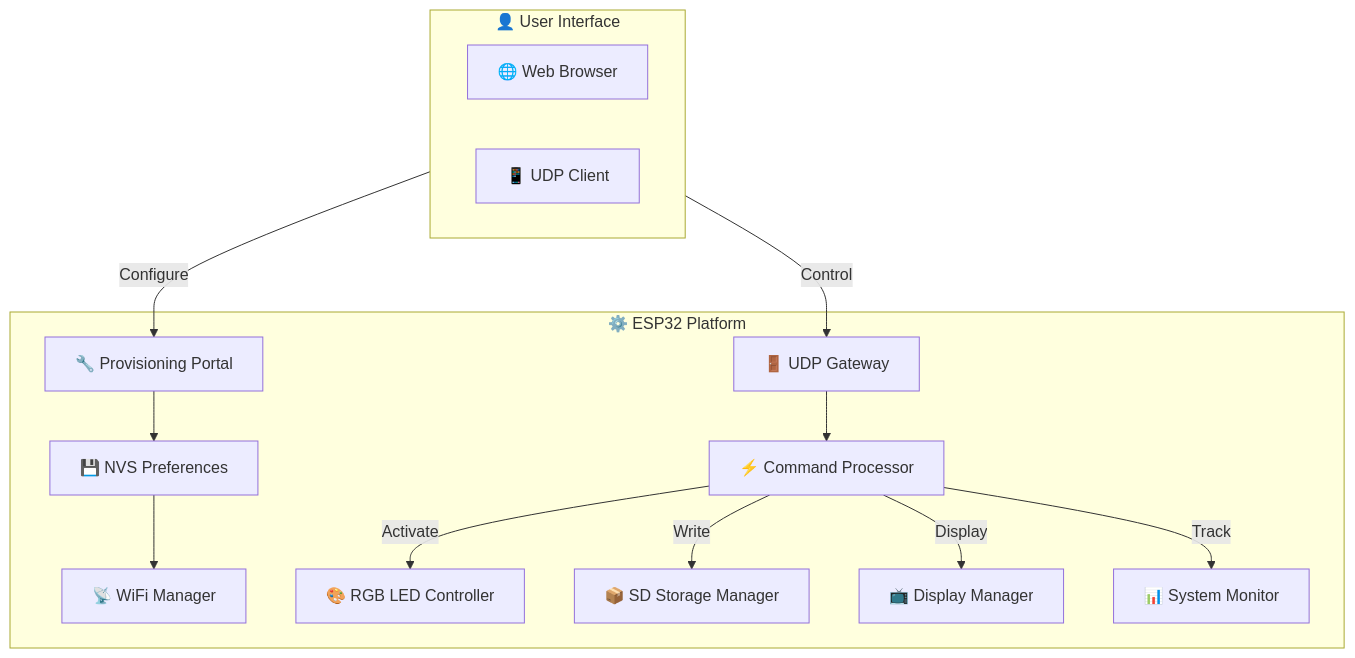
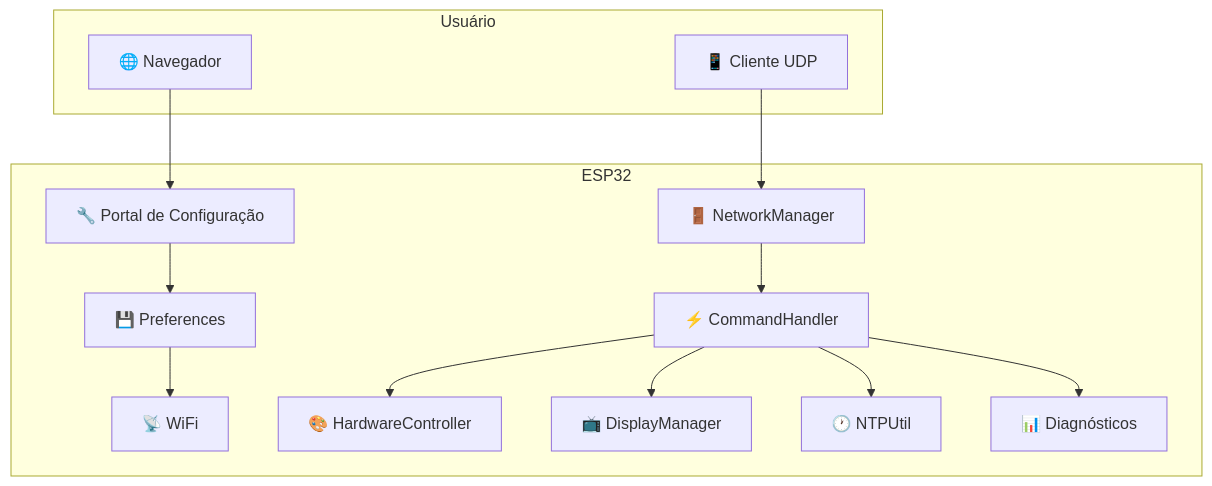
The first of 3 diagrams in README.md (paulocfmarques-collab/esp32_wifi), drawn with Mermaid before and after one commit. The commit also changed other lines of this file, not shown here.

Commit message:
Atualiza README para refletir a estrutura real do projeto e a lista atual de comandos do ESP32 Wi‑Fi

````diff
--- a/README.md
+++ b/README.md
@@ -116,31 +133,29 @@
 ```mermaid
 flowchart TB
-    subgraph Input["👤 User Interface"]
-        WEB["🌐 Web Browser"]
-        CLIENT["📱 UDP Client"]
+    subgraph Entrada[Usuário]
+        WEB[🌐 Navegador]
+        CLIENT[📱 Cliente UDP]
     end
 
-    subgraph Core["⚙️ ESP32 Platform"]
-        PORTAL["🔧 Provisioning Portal"]
-        PREF["💾 NVS Preferences"]
-        WIFI["📡 WiFi Manager"]
-        GATEWAY["🚪 UDP Gateway"]
-        CMD["⚡ Command Processor"]
-        RGB["🎨 RGB LED Controller"]
-        SD["📦 SD Storage Manager"]
-        DISP["📺 Display Manager"]
-        MON["📊 System Monitor"]
+    subgraph Core[ESP32]
+        PORTAL[🔧 Portal de Configuração]
+        PREF[💾 Preferences]
+        WIFI[📡 WiFi]
+        NET[🚪 NetworkManager]
+        CMD[⚡ CommandHandler]
+        LED[🎨 HardwareController]
+        DISP[📺 DisplayManager]
+        NTP[🕐 NTPUtil]
+        MON[📊 Diagnósticos]
     end
 
-    Input -->|Configure| PORTAL
+    WEB --> PORTAL
     PORTAL --> PREF
     PREF --> WIFI
-    
-    Input -->|Control| GATEWAY
-    GATEWAY --> CMD
-    
-    CMD -->|Activate| RGB
-    CMD -->|Write| SD
-    CMD -->|Display| DISP
-    CMD -->|Track| MON
+    CLIENT --> NET
+    NET --> CMD
+    CMD --> LED
+    CMD --> DISP
+    CMD --> NTP
+    CMD --> MON
 ```
````
